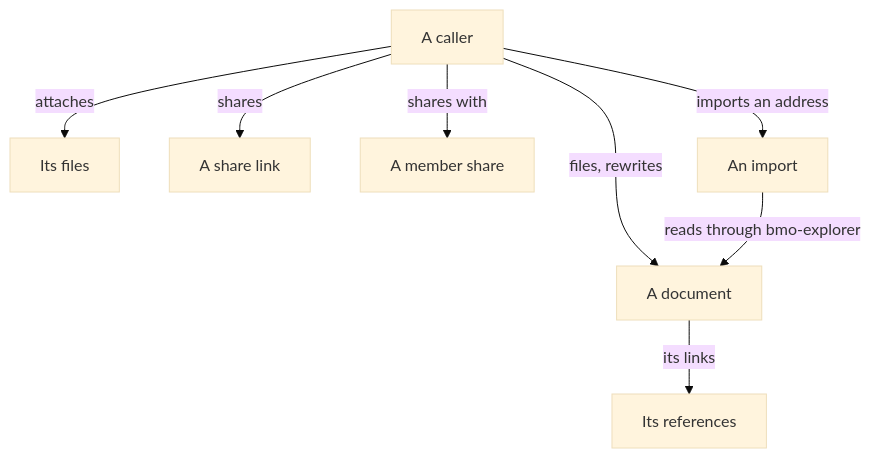
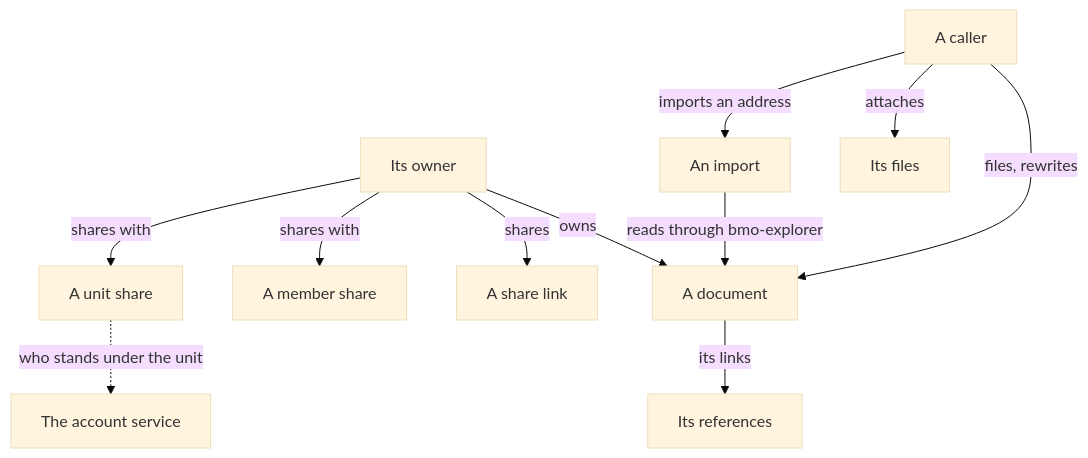
Before and after one commit to ahas/bmo-artifact: the diagram in docs/artifact.md, drawn with Mermaid (base theme). The commit also changed other lines of this file and 54 other files, not shown here.

````diff
--- a/docs/artifact.md
+++ b/docs/artifact.md
@@ -20,10 +25,13 @@
 ```mermaid
 flowchart TD
   C[A caller] -->|files, rewrites| D[A document]
+  O[Its owner] -->|owns| D
   C -->|attaches| A[Its files]
   D -->|its links| R[Its references]
-  C -->|shares| S[A share link]
-  C -->|shares with| M[A member share]
+  O -->|shares| S[A share link]
+  O -->|shares with| M[A member share]
+  O -->|shares with| U[A unit share]
   C -->|imports an address| I[An import]
   I -->|reads through bmo-explorer| D
+  U -.->|who stands under the unit| W[The account service]
 ```
````
